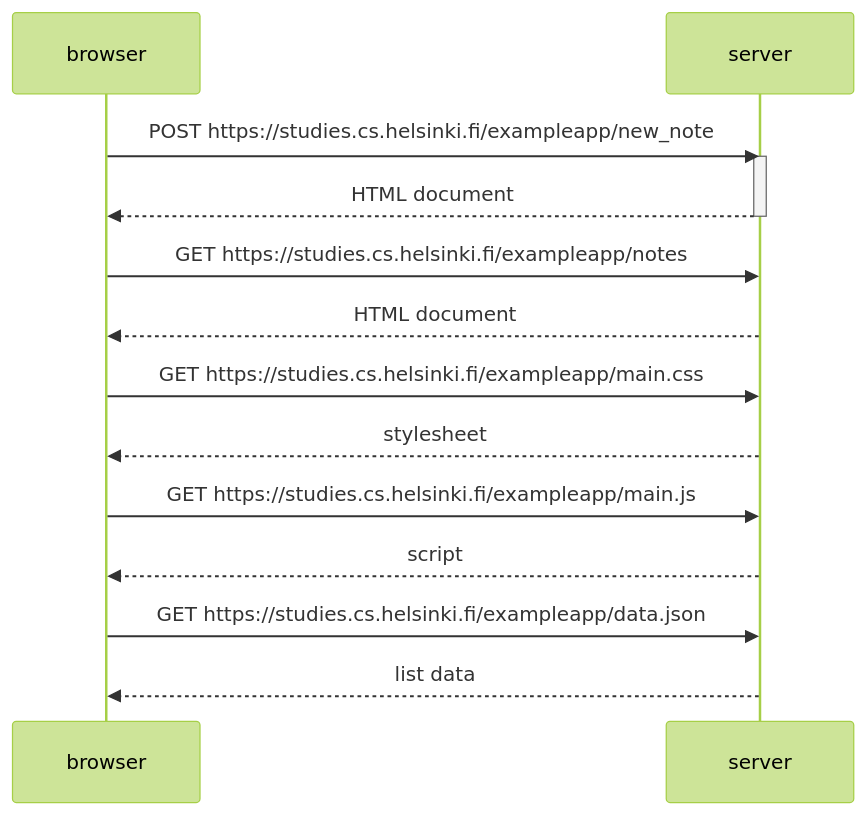
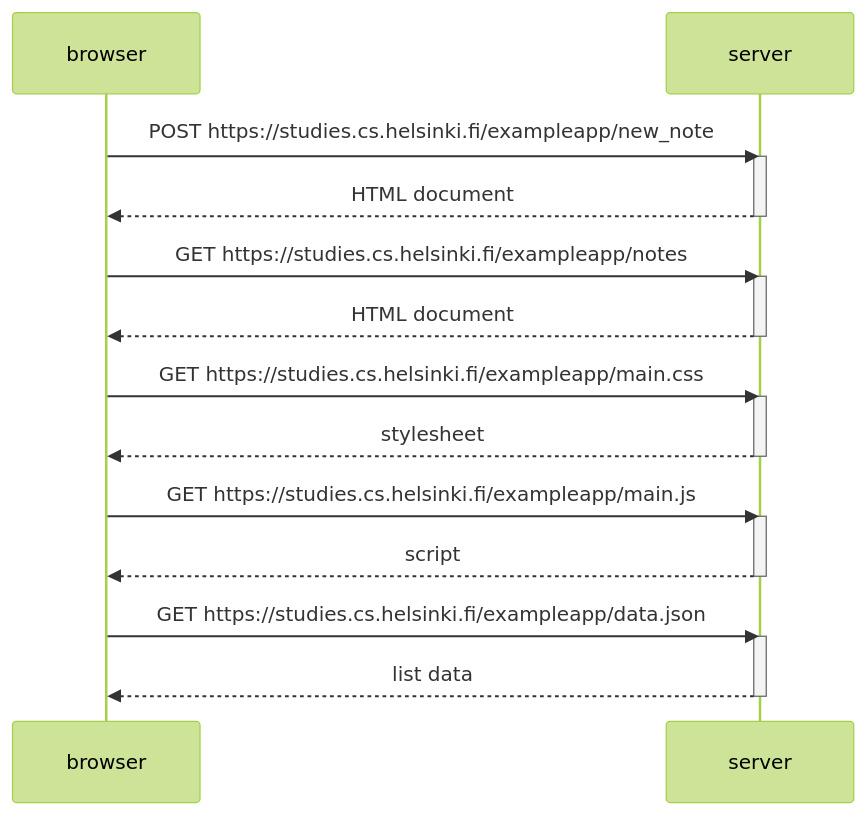
The diagram in osa0/0-4.md (roopemyller/full_stack_open), drawn with Mermaid (forest theme) before and after one commit.

````diff
--- a/osa0/0-4.md
+++ b/osa0/0-4.md
@@ -1,17 +1,25 @@
 ```mermaid
 sequenceDiagram
     participant browser
     participant server
     browser->>server: POST https://studies.cs.helsinki.fi/exampleapp/new_note
     activate server
     server-->>browser: HTML document;
     deactivate server
     browser->>server: GET https://studies.cs.helsinki.fi/exampleapp/notes;
+    activate server
     server-->>browser: HTML document;
+    deactivate server
     browser->>server: GET https://studies.cs.helsinki.fi/exampleapp/main.css;
+    activate server
     server-->>browser: stylesheet;
+    deactivate server
     browser->>server: GET https://studies.cs.helsinki.fi/exampleapp/main.js;
+    activate server
     server-->>browser: script;
+    deactivate server
     browser->>server: GET https://studies.cs.helsinki.fi/exampleapp/data.json;
+    activate server
     server-->>browser: list data;
+    deactivate server
 ```
````
